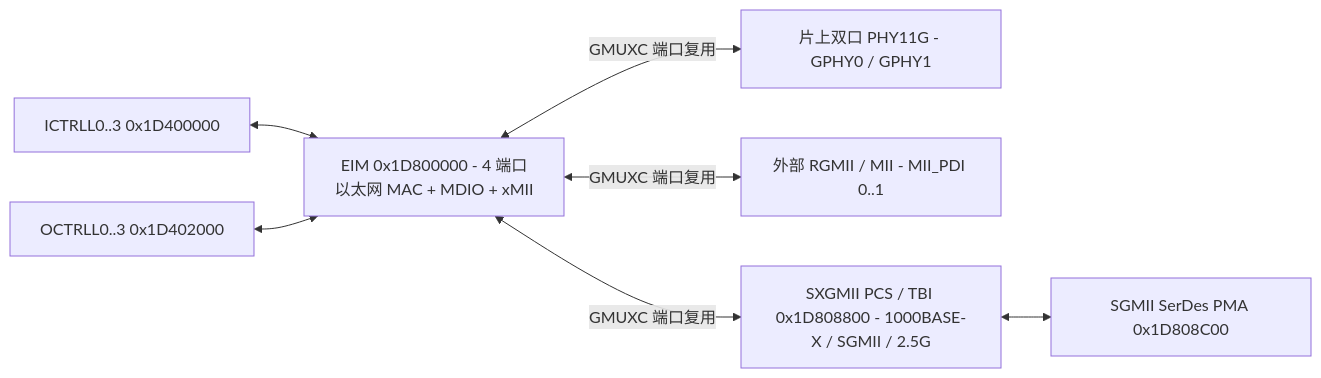
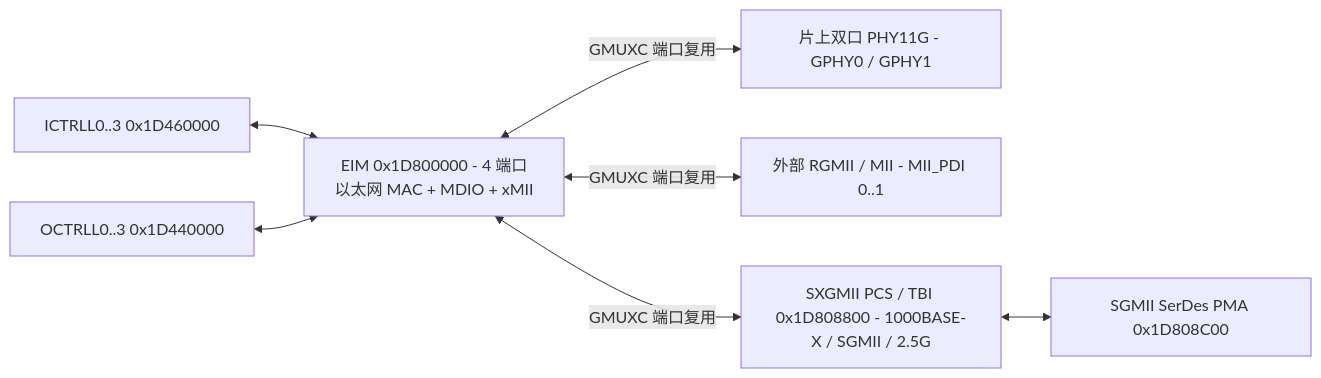
Before and after one commit to difanz/lantiq-falcon-s-docs: the diagram in 07_phy_and_mac/04_ethernet_mac_and_serdes.md, drawn with Mermaid. The commit also changed other lines of this file and 52 other files, not shown here.

````diff
--- a/07_phy_and_mac/04_ethernet_mac_and_serdes.md
+++ b/07_phy_and_mac/04_ethernet_mac_and_serdes.md
@@ -16,9 +16,9 @@
 ```mermaid
 flowchart LR
-    ICTRLL["ICTRLL0..3 0x1D400000"] <--> EIM["EIM 0x1D800000 - 4 端口以太网 MAC + MDIO + xMII"]
-    OCTRLL["OCTRLL0..3 0x1D402000"] <--> EIM
+    ICTRLL["ICTRLL0..3 0x1D460000"] <--> EIM["EIM 0x1D800000 - 4 端口以太网 MAC + MDIO + xMII"]
+    OCTRLL["OCTRLL0..3 0x1D440000"] <--> EIM
     EIM <-->|GMUXC 端口复用| GPHY["片上双口 PHY11G - GPHY0 / GPHY1"]
     EIM <-->|GMUXC 端口复用| XMII["外部 RGMII / MII - MII_PDI 0..1"]
     EIM <-->|GMUXC 端口复用| SXGMII["SXGMII PCS / TBI 0x1D808800 - 1000BASE-X / SGMII / 2.5G"]
     SXGMII <--> SGMII["SGMII SerDes PMA 0x1D808C00"]
 ```
````
